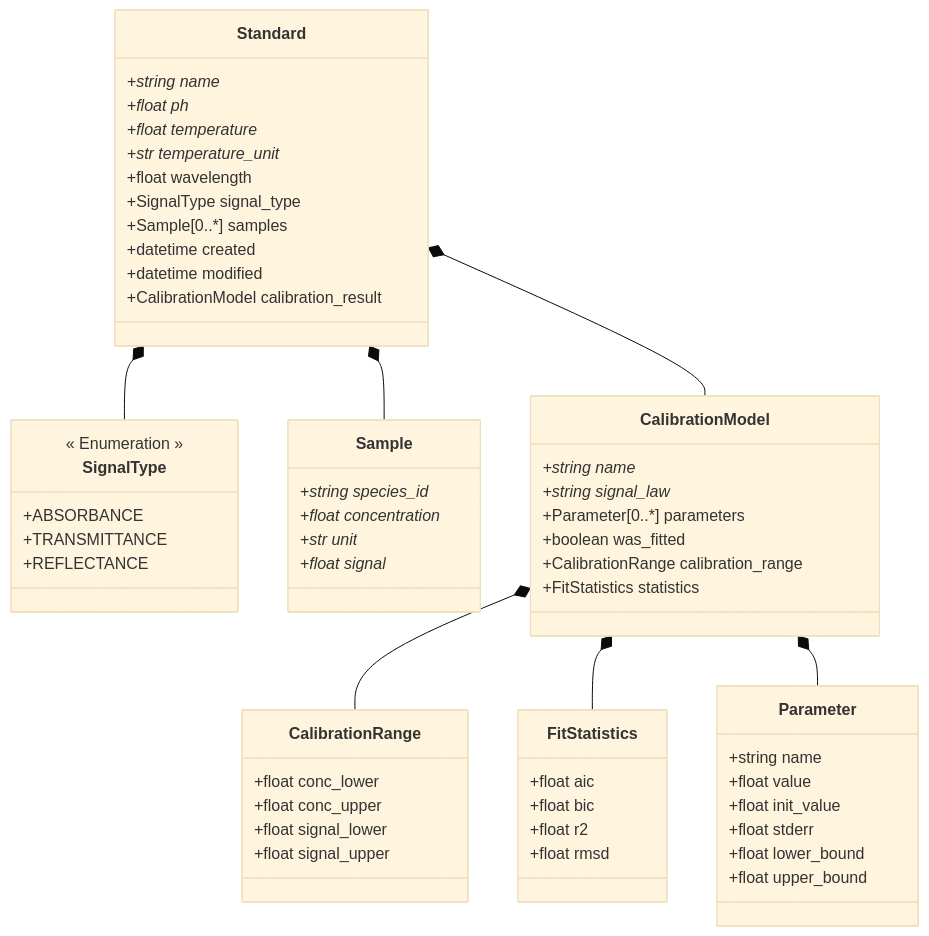
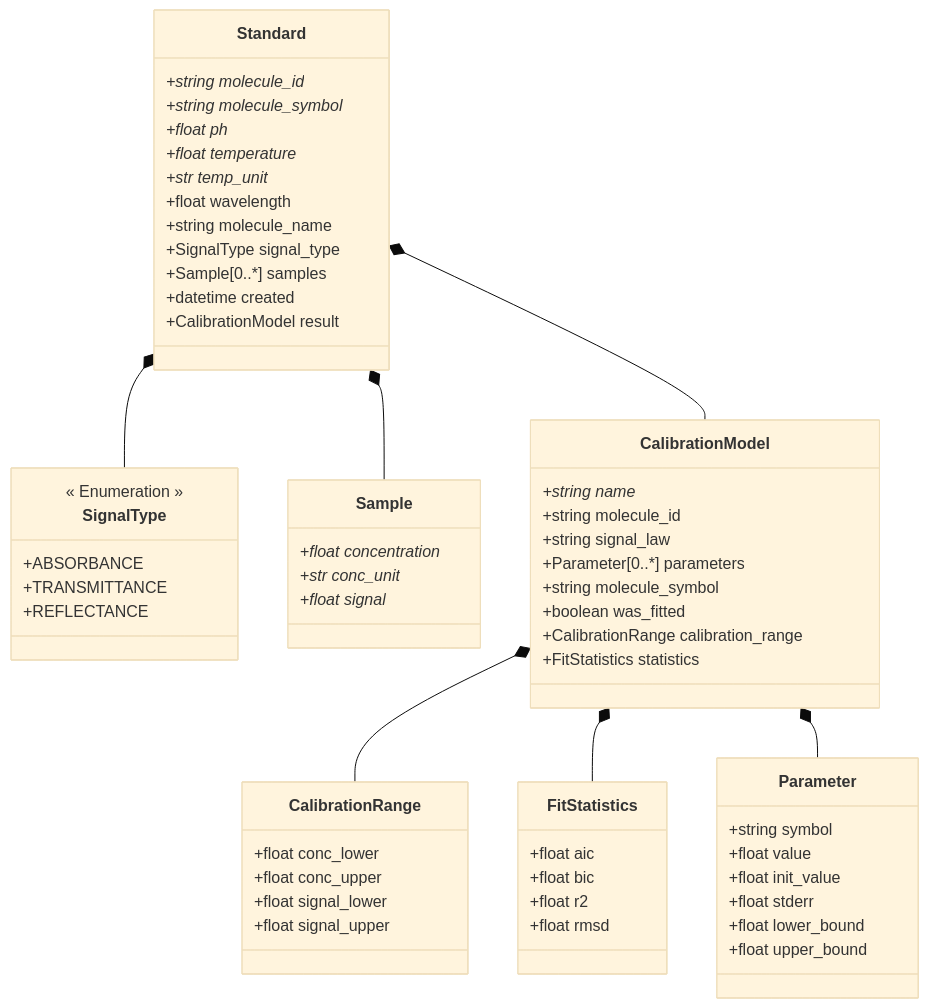
Before and after one commit to FAIRChemistry/datamodel_calibration: the diagram in calipytion/schemes/calipytion_schema.md, drawn with Mermaid (base theme). The commit also changed 31 other files, not shown here.

````diff
--- a/calipytion/schemes/calipytion_schema.md
+++ b/calipytion/schemes/calipytion_schema.md
@@ -1,69 +1,71 @@
 ```mermaid
 classDiagram
     Standard *-- SignalType
     Standard *-- Sample
     Standard *-- CalibrationModel
     CalibrationModel *-- CalibrationRange
     CalibrationModel *-- FitStatistics
     CalibrationModel *-- Parameter
     
     class Standard {
-        +string name*
+        +string molecule_id*
+        +string molecule_symbol*
         +float ph*
         +float temperature*
-        +str temperature_unit*
+        +str temp_unit*
         +float wavelength
+        +string molecule_name
         +SignalType signal_type
         +Sample[0..*] samples
         +datetime created
-        +datetime modified
-        +CalibrationModel calibration_result
+        +CalibrationModel result
     }
     
     class Sample {
-        +string species_id*
         +float concentration*
-        +str unit*
+        +str conc_unit*
         +float signal*
     }
     
     class CalibrationModel {
         +string name*
-        +string signal_law*
+        +string molecule_id
+        +string signal_law
         +Parameter[0..*] parameters
+        +string molecule_symbol
         +boolean was_fitted
         +CalibrationRange calibration_range
         +FitStatistics statistics
     }
     
     class CalibrationRange {
         +float conc_lower
         +float conc_upper
         +float signal_lower
         +float signal_upper
     }
     
     class FitStatistics {
         +float aic
         +float bic
         +float r2
         +float rmsd
     }
     
     class Parameter {
-        +string name
+        +string symbol
         +float value
         +float init_value
         +float stderr
         +float lower_bound
         +float upper_bound
     }
     
     class SignalType {
         << Enumeration >>
         +ABSORBANCE
         +TRANSMITTANCE
         +REFLECTANCE
     }
     
 ```
````
